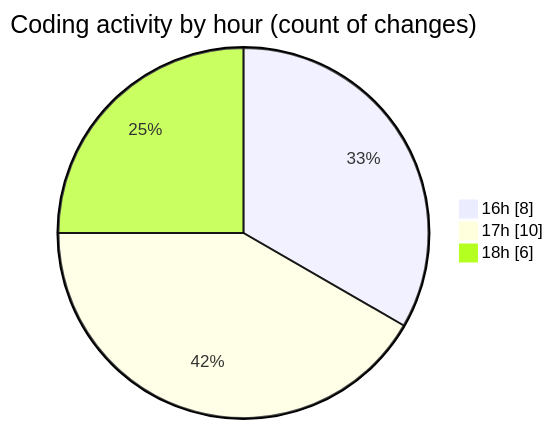
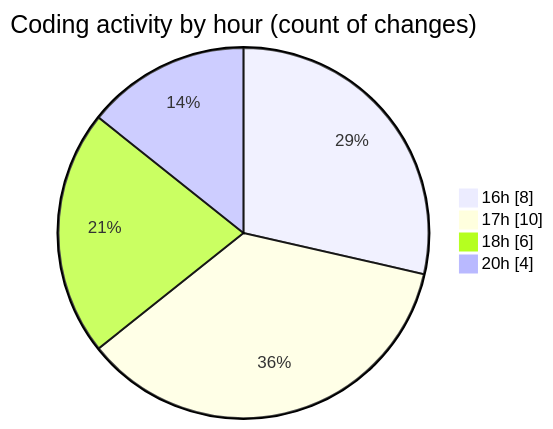
The second of 2 diagrams in 2025-02-06/react_ecom/README.md (Elitesun/code-tracking), drawn with Mermaid before and after one commit. The commit also changed other lines of this file and 1 other file, not shown here.

````diff
--- a/2025-02-06/react_ecom/README.md
+++ b/2025-02-06/react_ecom/README.md
@@ -34,7 +34,8 @@
 ```mermaid
 pie showData
 title Coding activity by hour (count of changes)
 "16h" : 8
 "17h" : 10
 "18h" : 6
+"20h" : 4
 ```
````
